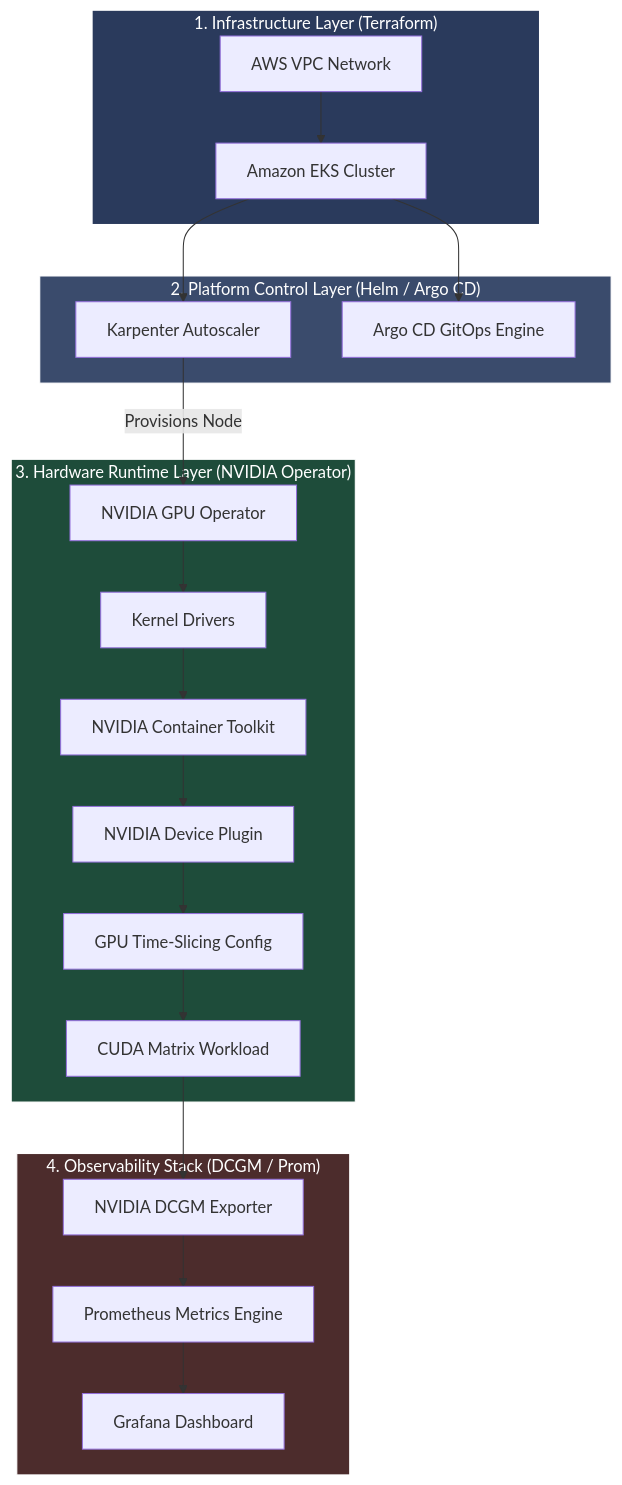
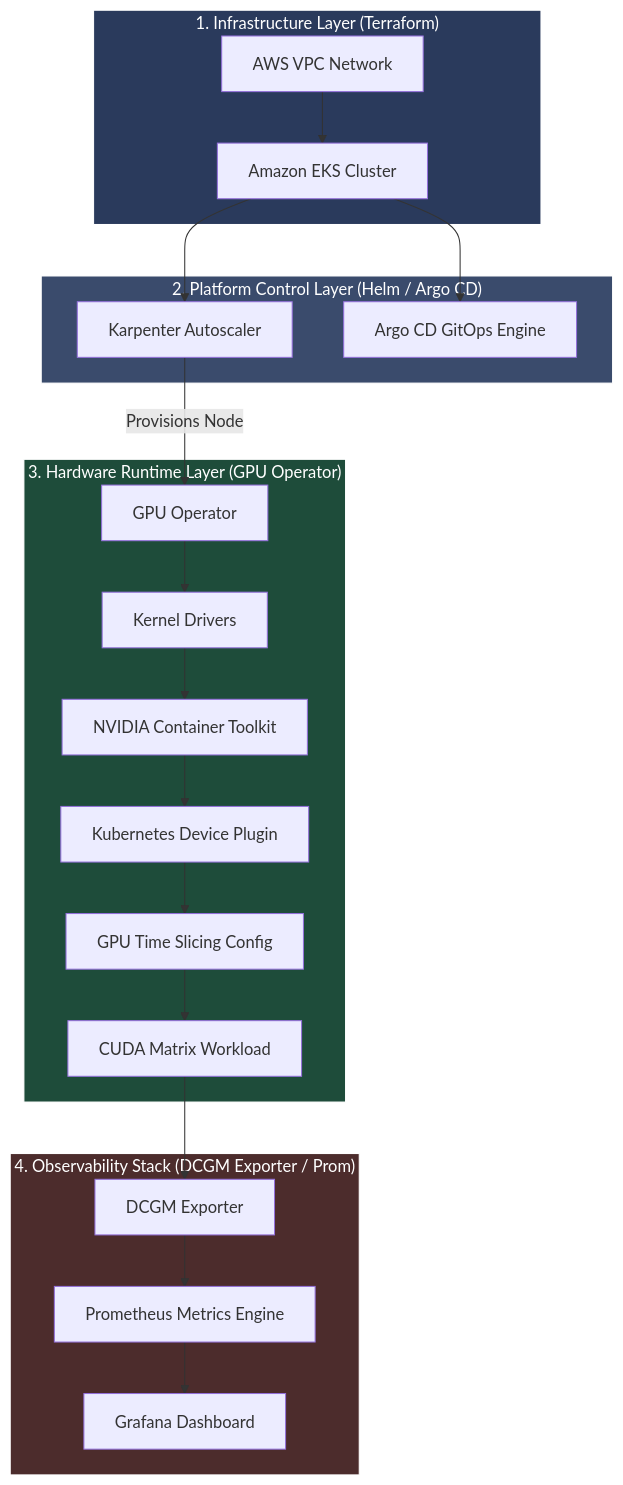
The diagram in README.md (ok-karthik/ai-infrastructure-on-eks), drawn with Mermaid before and after one commit. The commit also changed other lines of this file and 17 other files, not shown here.

````diff
--- a/README.md
+++ b/README.md
@@ -17,44 +17,44 @@
 ```mermaid
 flowchart TD
     subgraph Infrastructure ["1. Infrastructure Layer (Terraform)"]
         AWS[AWS VPC Network] --> EKS[Amazon EKS Cluster]
     end
 
     subgraph Platform ["2. Platform Control Layer (Helm / Argo CD)"]
         Karpenter[Karpenter Autoscaler]
         ArgoCD[Argo CD GitOps Engine]
         EKS --> Karpenter
         EKS --> ArgoCD
     end
 
-    subgraph Runtime ["3. Hardware Runtime Layer (NVIDIA Operator)"]
-        GPUOp[NVIDIA GPU Operator]
+    subgraph Runtime ["3. Hardware Runtime Layer (GPU Operator)"]
+        GPUOp[GPU Operator]
         Driver[Kernel Drivers]
         Toolkit[NVIDIA Container Toolkit]
-        DevPlugin[NVIDIA Device Plugin]
-        TimeSlicing[GPU Time-Slicing Config]
+        DevPlugin[Kubernetes Device Plugin]
+        TimeSlicing[GPU Time Slicing Config]
         CUDA[CUDA Matrix Workload]
 
         Karpenter -->|Provisions Node| GPUOp
         GPUOp --> Driver
         Driver --> Toolkit
         Toolkit --> DevPlugin
         DevPlugin --> TimeSlicing
         TimeSlicing --> CUDA
     end
 
-    subgraph Observability ["4. Observability Stack (DCGM / Prom)"]
-        DCGM[NVIDIA DCGM Exporter]
+    subgraph Observability ["4. Observability Stack (DCGM Exporter / Prom)"]
+        DCGM[DCGM Exporter]
         Prometheus[Prometheus Metrics Engine]
         Grafana[Grafana Dashboard]
 
         CUDA --> DCGM
         DCGM --> Prometheus
         Prometheus --> Grafana
     end
 
     style Infrastructure fill:#2a3a5c,stroke:#fff,stroke-width:1px,color:#fff
     style Platform fill:#3a4b6c,stroke:#fff,stroke-width:1px,color:#fff
     style Runtime fill:#1e4c3a,stroke:#fff,stroke-width:1px,color:#fff
     style Observability fill:#4c2c2c,stroke:#fff,stroke-width:1px,color:#fff
 ```
````
